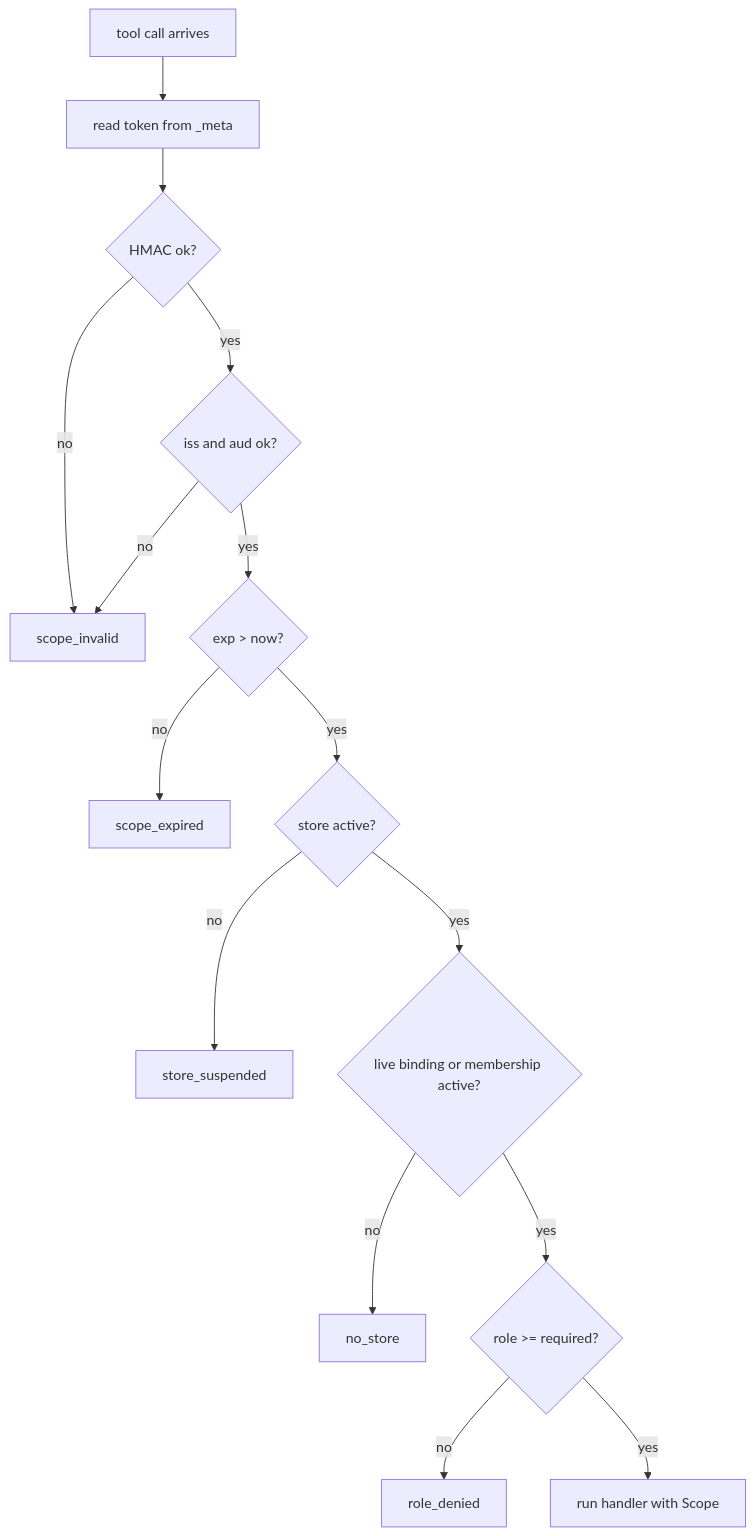
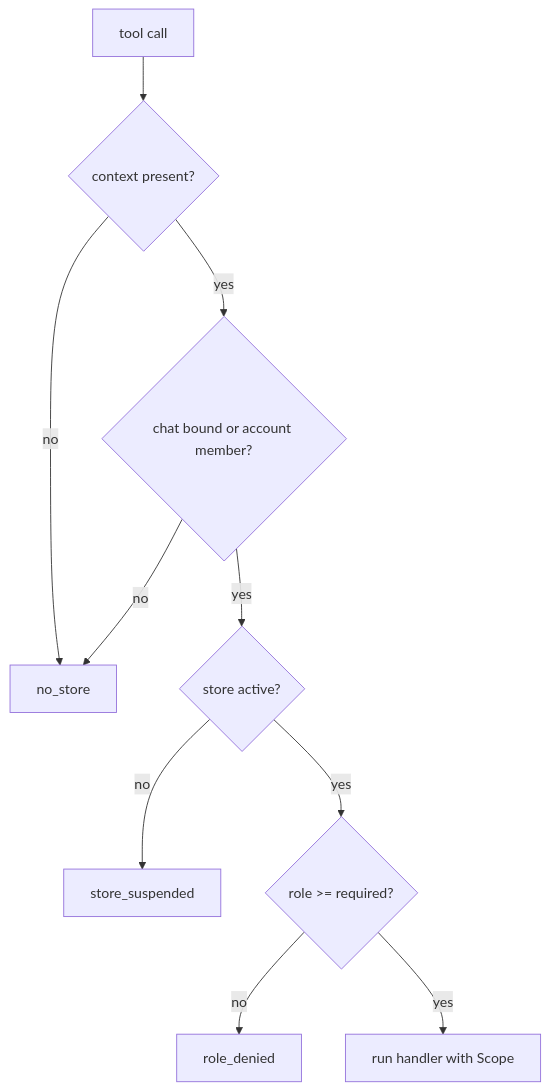
One commit to danielistyo/mini-bazaar changed the third of 3 diagrams in docs/adr/0001-authorization-at-the-channel-hop.md. Above: the diagram before and after it, drawn with Mermaid. The commit also changed other lines of this file and 26 other files, not shown here.

````diff
--- a/docs/adr/0001-authorization-at-the-channel-hop.md
+++ b/docs/adr/0001-authorization-at-the-channel-hop.md
@@ -75,17 +93,12 @@
 ```mermaid
 flowchart TD
-    A["tool call arrives"] --> B["read token from _meta"]
-    B --> C{"HMAC ok?"}
-    C -->|no| E1["scope_invalid"]
-    C -->|yes| D{"iss and aud ok?"}
-    D -->|no| E1
-    D -->|yes| F{"exp > now?"}
-    F -->|no| E2["scope_expired"]
-    F -->|yes| G{"store active?"}
-    G -->|no| E3["store_suspended"]
-    G -->|yes| H{"live binding or membership active?"}
-    H -->|no| E4["no_store"]
-    H -->|yes| I{"role >= required?"}
-    I -->|no| E5["role_denied"]
-    I -->|yes| J["run handler with Scope"]
+    A["tool call"] --> B{"context present?"}
+    B -->|no| E1["no_store"]
+    B -->|yes| C{"chat bound or account member?"}
+    C -->|no| E1
+    C -->|yes| D{"store active?"}
+    D -->|no| E2["store_suspended"]
+    D -->|yes| F{"role >= required?"}
+    F -->|no| E3["role_denied"]
+    F -->|yes| G["run handler with Scope"]
 ```
````
